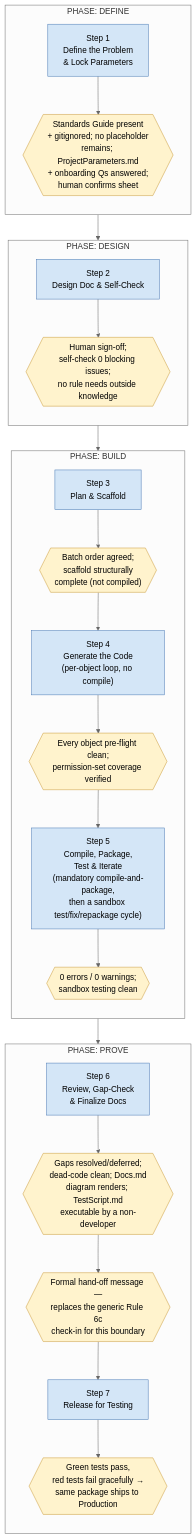
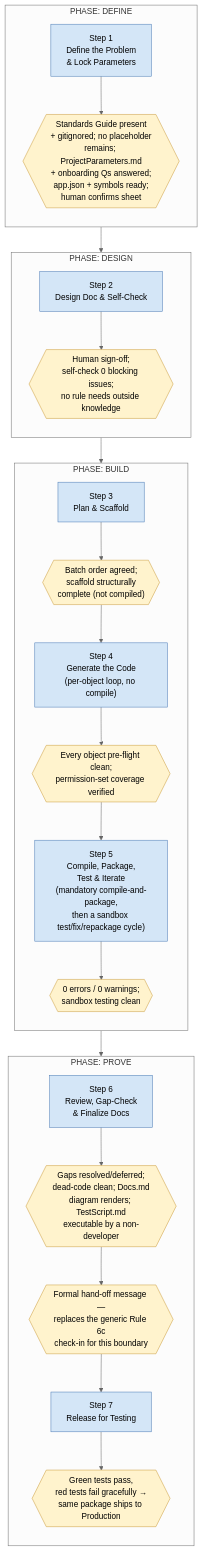
The second of 7 diagrams in liteVersion/LITE_RunbookSchematics.md (ajansari/ocpfBcAgenticDevFramework), drawn with Mermaid (neutral theme) before and after one commit. The commit also changed other lines of this file and 16 other files, not shown here.

````diff
--- a/liteVersion/LITE_RunbookSchematics.md
+++ b/liteVersion/LITE_RunbookSchematics.md
@@ -71,38 +71,38 @@
 ```mermaid
 flowchart TD
     subgraph DEFINE["PHASE: DEFINE"]
         direction TB
-        S1["Step 1<br/>Define the Problem<br/>& Lock Parameters"] --> G_S1{{"Standards Guide present<br/>+ gitignored; no placeholder<br/>remains; ProjectParameters.md<br/>+ onboarding Qs answered;<br/>human confirms sheet"}}
+        S1["Step 1<br/>Define the Problem<br/>& Lock Parameters"] --> G_S1{{"Standards Guide present<br/>+ gitignored; no placeholder<br/>remains; ProjectParameters.md<br/>+ onboarding Qs answered;<br/>app.json + symbols ready;<br/>human confirms sheet"}}
     end
 
     subgraph DESIGN["PHASE: DESIGN"]
         direction TB
         S2["Step 2<br/>Design Doc & Self-Check"] --> G_S2{{"Human sign-off;<br/>self-check 0 blocking issues;<br/>no rule needs outside knowledge"}}
     end
 
     subgraph BUILD["PHASE: BUILD"]
         direction TB
         S3["Step 3<br/>Plan & Scaffold"] --> G_S3{{"Batch order agreed;<br/>scaffold structurally<br/>complete (not compiled)"}}
         G_S3 --> S4["Step 4<br/>Generate the Code<br/>(per-object loop, no compile)"]
         S4 --> G_S4{{"Every object pre-flight clean;<br/>permission-set coverage verified"}}
         G_S4 --> S5["Step 5<br/>Compile, Package,<br/>Test & Iterate<br/>(mandatory compile-and-package,<br/>then a sandbox test/fix/repackage cycle)"]
         S5 --> G_S5{{"0 errors / 0 warnings;<br/>sandbox testing clean"}}
     end
 
     subgraph PROVE["PHASE: PROVE"]
         direction TB
         S6["Step 6<br/>Review, Gap-Check<br/>& Finalize Docs"] --> G_S6{{"Gaps resolved/deferred;<br/>dead-code clean; Docs.md<br/>diagram renders; TestScript.md<br/>executable by a non-developer"}}
         G_S6 --> HandOff{{"Formal hand-off message —<br/>replaces the generic Rule 6c<br/>check-in for this boundary"}}
         HandOff --> S7["Step 7<br/>Release for Testing"]
         S7 --> G_S7{{"Green tests pass,<br/>red tests fail gracefully →<br/>same package ships to Production"}}
     end
 
     G_S1 --> S2
     G_S2 --> S3
     G_S5 --> S6
 
     classDef step fill:#d4e6f7,stroke:#4a7ab5,stroke-width:1px;
     classDef gate fill:#fff3cd,stroke:#c99a3a,stroke-width:1px;
     class S1,S2,S3,S4,S5,S6,S7 step;
     class G_S1,G_S2,G_S3,G_S4,G_S5,G_S6,G_S7,HandOff gate;
 ```
````
